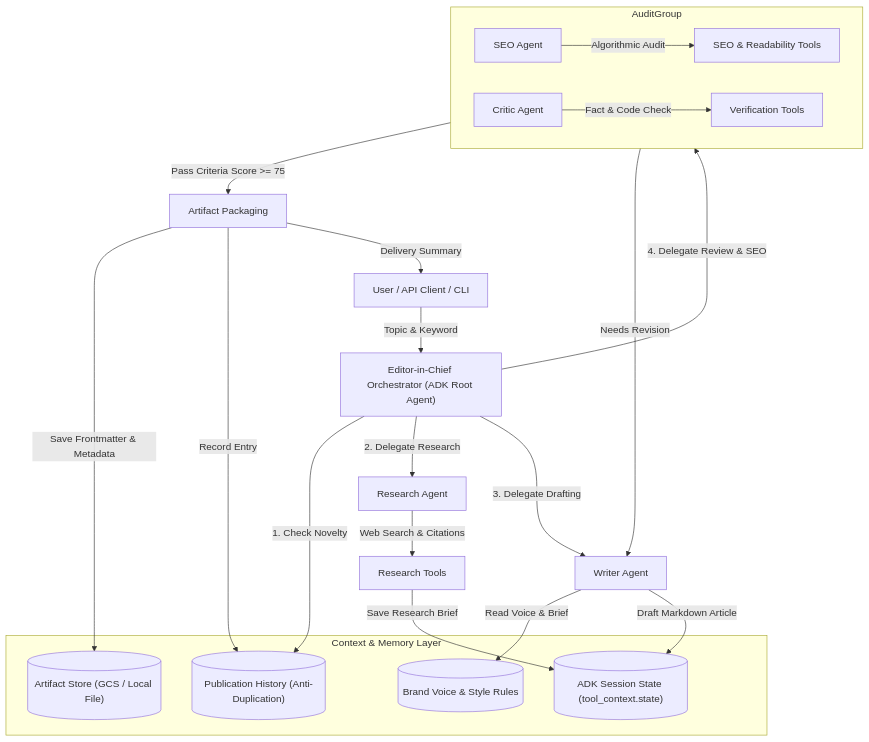
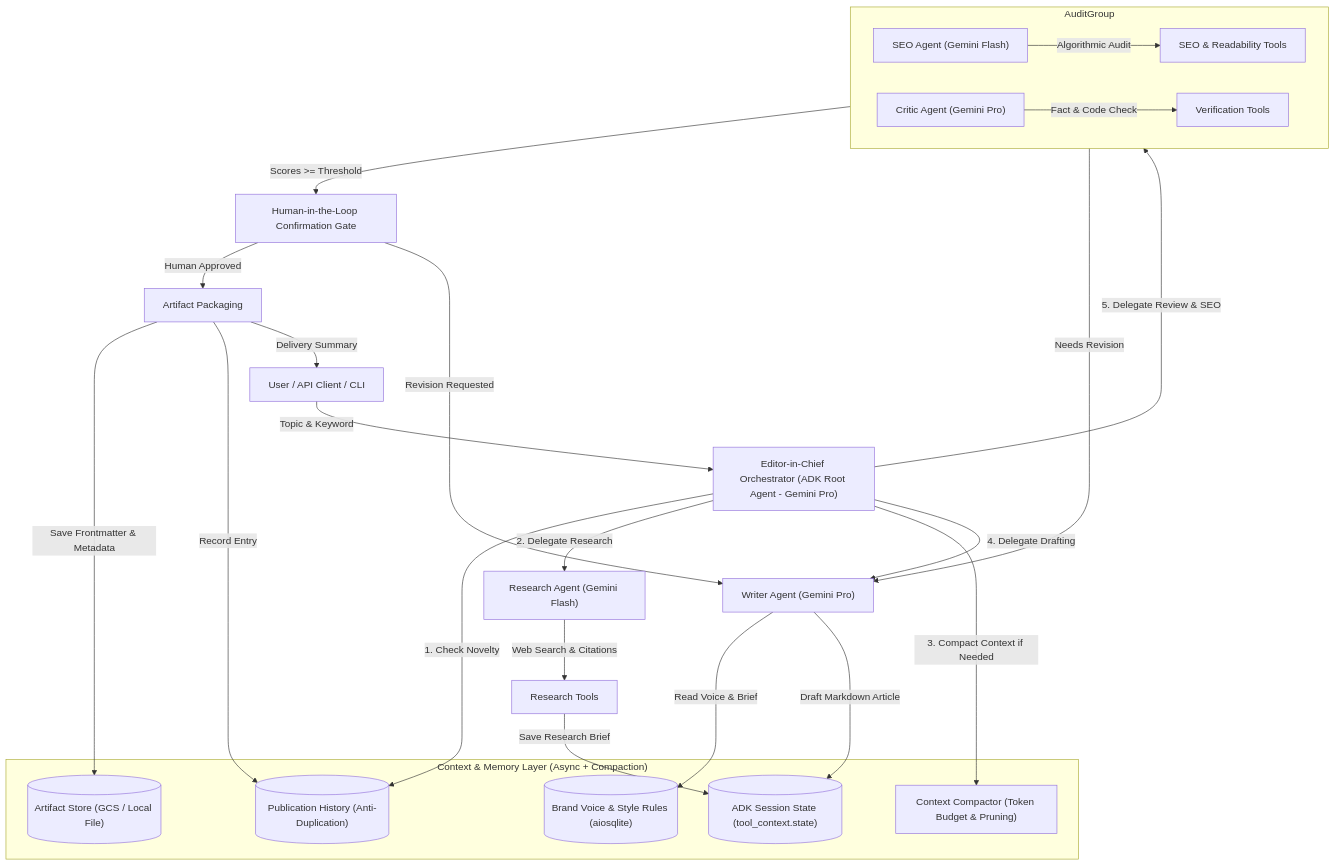
Before and after one commit to bobbymatthews/L200: the diagram in README.md, drawn with Mermaid. The commit also changed other lines of this file and 23 other files, not shown here.

Commit message:
feat: enhance OmniBlog with async SQLite, context compaction, strategic model routing, HITL approvals, and golden eval suite

````diff
--- a/README.md
+++ b/README.md
@@ -34,33 +35,38 @@
 ```mermaid
 flowchart TD
-    User["User / API Client / CLI"] -->|Topic & Keyword| Editor["Editor-in-Chief Orchestrator (ADK Root Agent)"]
+    User["User / API Client / CLI"] -->|Topic & Keyword| Editor["Editor-in-Chief Orchestrator (ADK Root Agent - Gemini Pro)"]
 
-    subgraph MemoryLayer["Context & Memory Layer"]
-        BrandMemory[("Brand Voice & Style Rules")]
+    subgraph MemoryLayer["Context & Memory Layer (Async + Compaction)"]
+        BrandMemory[("Brand Voice & Style Rules (aiosqlite)")]
         TopicHistory[("Publication History (Anti-Duplication)")]
+        Compactor["Context Compactor (Token Budget & Pruning)"]
         SessionState[("ADK Session State (tool_context.state)")]
         ArtifactStore[("Artifact Store (GCS / Local File)")]
     end
 
     Editor -->|1. Check Novelty| TopicHistory
-    Editor -->|2. Delegate Research| ResearchAgent["Research Agent"]
+    Editor -->|2. Delegate Research| ResearchAgent["Research Agent (Gemini Flash)"]
     ResearchAgent -->|Web Search & Citations| ResearchTools["Research Tools"]
     ResearchTools -->|Save Research Brief| SessionState
 
-    Editor -->|3. Delegate Drafting| WriterAgent["Writer Agent"]
+    Editor -->|3. Compact Context if Needed| Compactor
+    Editor -->|4. Delegate Drafting| WriterAgent["Writer Agent (Gemini Pro)"]
     WriterAgent -->|Read Voice & Brief| BrandMemory
     WriterAgent -->|Draft Markdown Article| SessionState
 
-    Editor -->|4. Delegate Review & SEO| AuditGroup["Quality & Review Gate"]
+    Editor -->|5. Delegate Review & SEO| AuditGroup["Quality & Review Gate"]
     subgraph AuditGroup
-        SeoAgent["SEO Agent"] -->|Algorithmic Audit| SeoTools["SEO & Readability Tools"]
-        CriticAgent["Critic Agent"] -->|Fact & Code Check| VerificationTools["Verification Tools"]
+        SeoAgent["SEO Agent (Gemini Flash)"] -->|Algorithmic Audit| SeoTools["SEO & Readability Tools"]
+        CriticAgent["Critic Agent (Gemini Pro)"] -->|Fact & Code Check| VerificationTools["Verification Tools"]
     end
 
-    AuditGroup -->|Pass Criteria Score >= 75| Packaging["Artifact Packaging"]
+    AuditGroup -->|Scores >= Threshold| HITL["Human-in-the-Loop Confirmation Gate"]
     AuditGroup -->|Needs Revision| WriterAgent
+
+    HITL -->|Human Approved| Packaging["Artifact Packaging"]
+    HITL -->|Revision Requested| WriterAgent
 
     Packaging -->|Save Frontmatter & Metadata| ArtifactStore
     Packaging -->|Record Entry| TopicHistory
     Packaging -->|Delivery Summary| User
 ```
````
